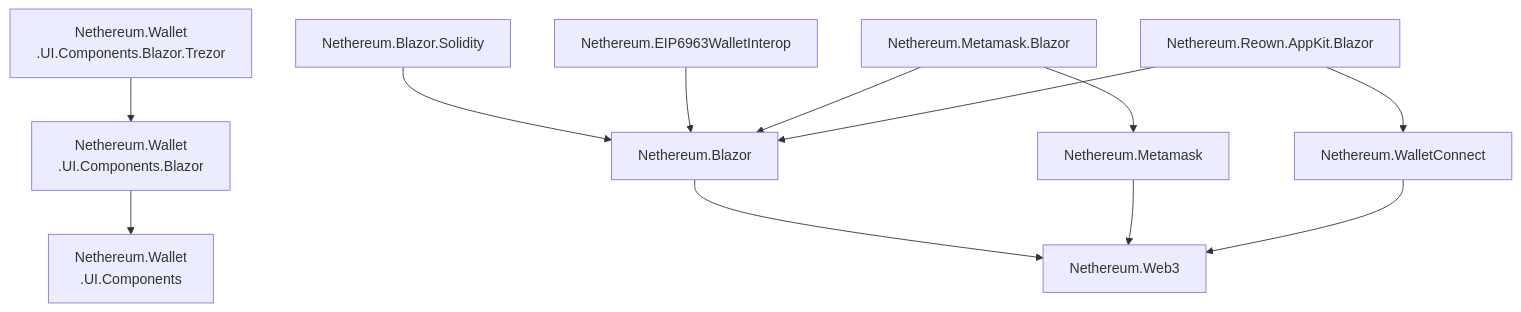
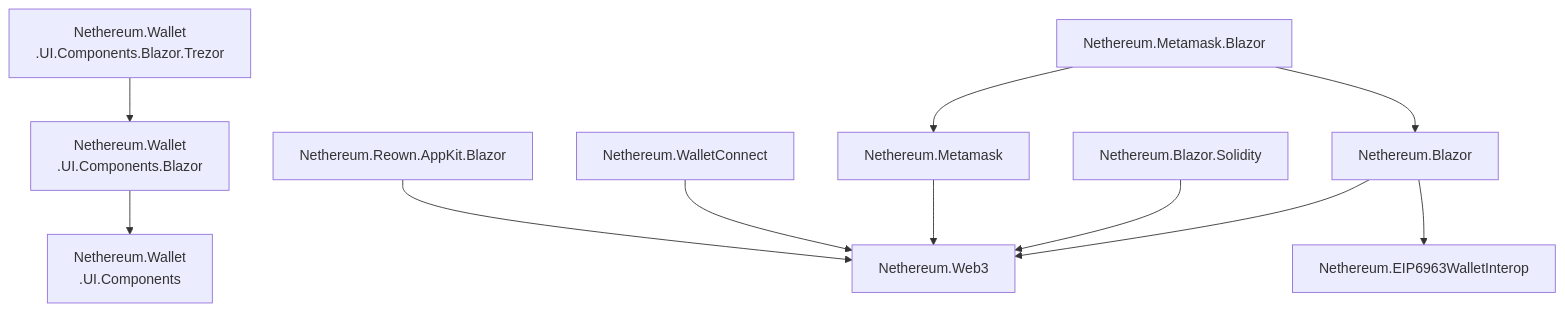
Before and after one commit to Nethereum/Nethereum.Documentation: diagram 16 of 21 in docs/architecture.md, drawn with Mermaid. The commit also changed other lines of this file and 6 other files, not shown here.

First line of the commit message:
Docs: fix getting-started, transport and architecture pages against source

````diff
--- a/docs/architecture.md
+++ b/docs/architecture.md
@@ -308,15 +308,14 @@
 ```mermaid
 graph TD
     BlazorUI["Nethereum.Wallet<br/>.UI.Components.Blazor"] --> UIComponents["Nethereum.Wallet<br/>.UI.Components"]
     BlazorTrezor["Nethereum.Wallet<br/>.UI.Components.Blazor.Trezor"] --> BlazorUI
 
     Blazor["Nethereum.Blazor"] --> Web3["Nethereum.Web3"]
-    BlazorSolidity["Nethereum.Blazor.Solidity"] --> Blazor
-    EIP6963["Nethereum.EIP6963WalletInterop"] --> Blazor
+    BlazorSolidity["Nethereum.Blazor.Solidity"] --> Web3
+    Blazor --> EIP6963["Nethereum.EIP6963WalletInterop"]
     Metamask["Nethereum.Metamask"] --> Web3
     MetamaskBlazor["Nethereum.Metamask.Blazor"] --> Metamask
     MetamaskBlazor --> Blazor
     WC["Nethereum.WalletConnect"] --> Web3
-    Reown["Nethereum.Reown.AppKit.Blazor"] --> WC
-    Reown --> Blazor
+    Reown["Nethereum.Reown.AppKit.Blazor"] --> Web3
 ```
````
